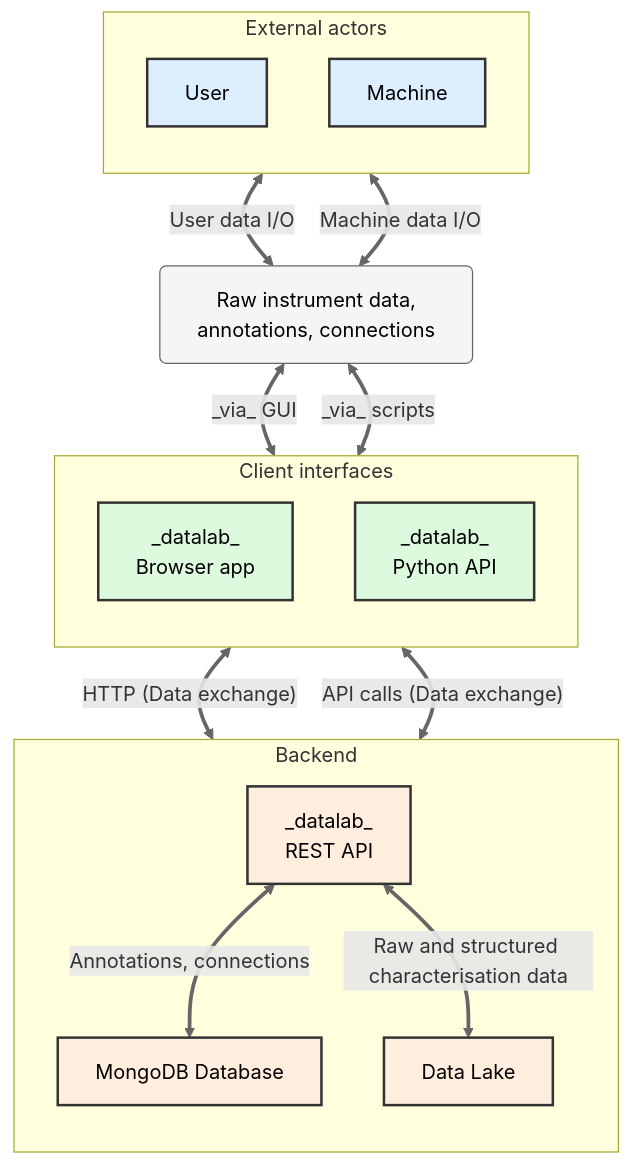
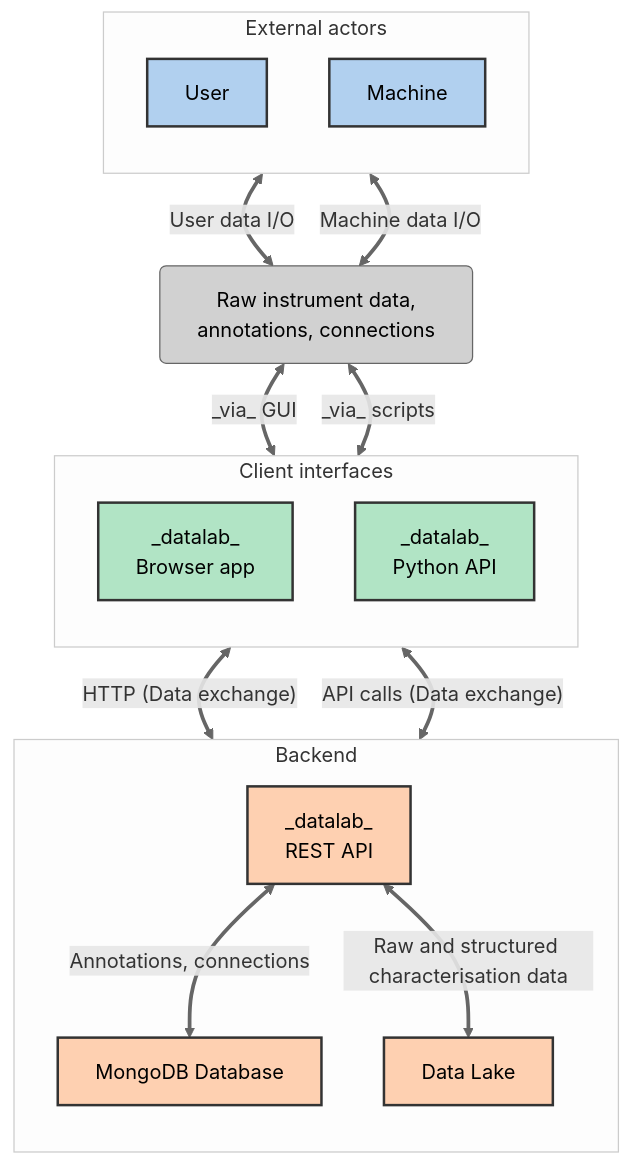
Before and after one commit to datalab-org/datalab: the diagram in README.md, drawn with Mermaid. The commit also changed other lines of this file, not shown here.

Commit message:
center mermaid diagram and modify colors/transparency to accommodate RTD light/dark theming

````diff
--- a/README.md
+++ b/README.md
@@ -54,57 +57,62 @@
 ```mermaid
 graph TD
-    classDef actor fill:#DDEEFF,stroke:#333,stroke-width:2px,color:#000;
-    classDef clientInterface fill:#DEFADE,stroke:#333,stroke-width:2px,color:#000;
-    classDef coreComponent fill:#FFEDDD,stroke:#333,stroke-width:2px,color:#000;
-    classDef umbrellaLabel fill:#F5F5F5,stroke:#666,stroke-width:1px,color:#000,rx:5,ry:5,text-align:center;
+classDef actor fill:#0066CC,fill-opacity:0.3,stroke:#333,stroke-width:2px,color:#000;
+classDef clientInterface fill:#00AA44,fill-opacity:0.3,stroke:#333,stroke-width:2px,color:#000;
+classDef coreComponent fill:#FF6600,fill-opacity:0.3,stroke:#333,stroke-width:2px,color:#000;
+classDef umbrellaLabel fill:#666666,fill-opacity:0.3,stroke:#666,stroke-width:1px,color:#000,rx:5,ry:5,text-align:center;
+
+  classDef subgraphStyle fill:#f9f9f9,fill-opacity:0.3,stroke:#ccc,stroke-width:1px;
 
     subgraph ExternalActors [External actors]
         direction TB
         User[User]
         Machine[Machine]
     end
     class User,Machine actor;
+    class ExternalActors subgraphStyle;
 
     UmbrellaDesc["Raw instrument data,<br>annotations, connections"]
     class UmbrellaDesc umbrellaLabel;
 
     subgraph ClientInterfaces [Client interfaces]
         direction TB
         BrowserApp[_datalab_<br>Browser app]
         PythonAPI[_datalab_<br>Python API]
     end
     class BrowserApp,PythonAPI clientInterface;
+    class ClientInterfaces subgraphStyle;
 
     subgraph Backend
         direction TB
         RESTAPI[_datalab_<br>REST API]
         MongoDB[MongoDB Database]
         DataLake[Data Lake]
     end
     class RESTAPI,MongoDB,DataLake coreComponent;
+    class Backend subgraphStyle;
 
     User      <-- "User data I/O" --> UmbrellaDesc;
     Machine   <-- "Machine data I/O" --> UmbrellaDesc;
 
     UmbrellaDesc <-- "_via_ GUI" --> BrowserApp;
     UmbrellaDesc <-- "_via_ scripts" --> PythonAPI;
 
     BrowserApp  <-- "HTTP (Data exchange)" --> RESTAPI;
     PythonAPI   <-- "API calls (Data exchange)" --> RESTAPI;
 
     RESTAPI <-- "Annotations, connections" --> MongoDB;
     RESTAPI <-- "Raw and structured characterisation data" --> DataLake;
 
     linkStyle 0 stroke:#666,stroke-width:3px
     linkStyle 1 stroke:#666,stroke-width:3px
     linkStyle 2 stroke:#666,stroke-width:3px
     linkStyle 3 stroke:#666,stroke-width:3px
     linkStyle 4 stroke:#666,stroke-width:3px
     linkStyle 5 stroke:#666,stroke-width:3px
     linkStyle 6 stroke:#666,stroke-width:3px
     linkStyle 7 stroke:#666,stroke-width:3px
 
     click PythonAPI "https://github.com/datalab-org/datalab-api" "datalab Python API on GitHub" _blank
     click BrowserApp "https://github.com/datalab-org/datalab/tree/main/webapp" "datalab Browser App on GitHub" _blank
     click RESTAPI "https://github.com/datalab-org/datalab/tree/main/pydatalab" "pydatalab REST API on GitHub" _blank
 ```
````
